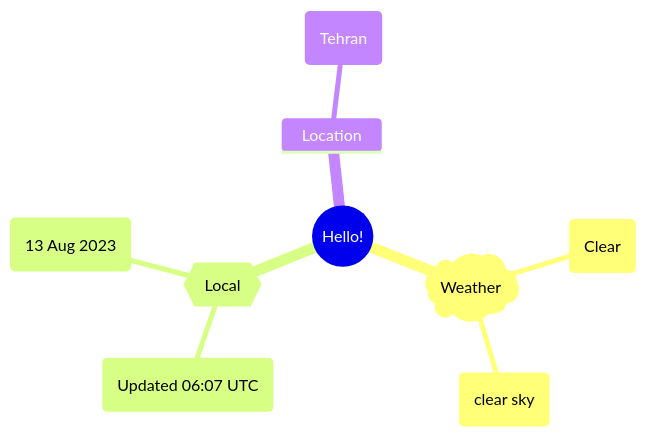
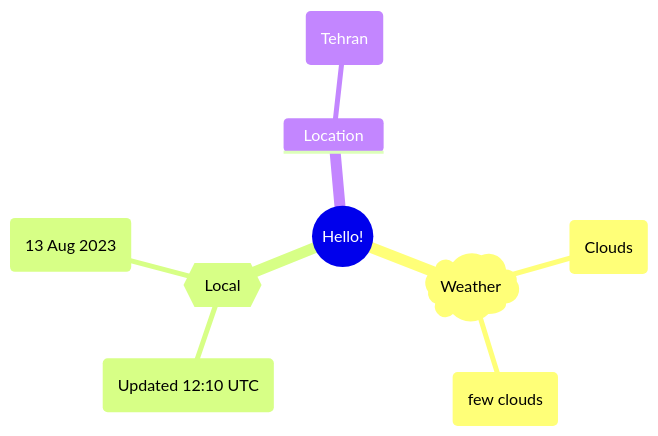
Before and after one commit to Xosrov/Xosrov: the first of 2 diagrams in README.md, drawn with Mermaid.

Commit message:
[bot] updated images

````diff
--- a/README.md
+++ b/README.md
@@ -3,12 +3,12 @@
 ```mermaid
 mindmap
   root((Hello!))
     )Weather(
-        (Clear)
-        (clear sky)
+        (Clouds)
+        (few clouds)
     {{Local}}
-        (Updated 06:07 UTC)
+        (Updated 12:10 UTC)
         (13 Aug 2023)
     Location
         (Tehran)
 ```
````
